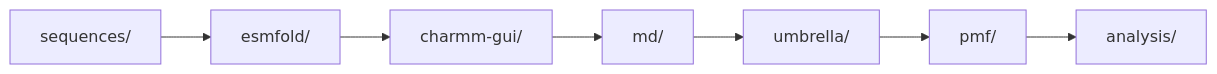
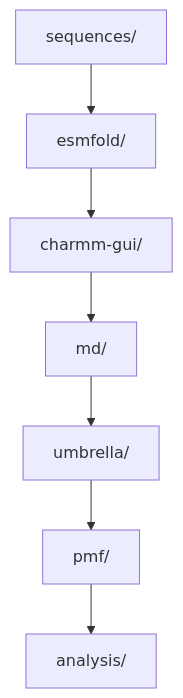
Before and after one commit to jackyissocute/LiSPER: the diagram in 01_computational_discovery/README.md, drawn with Mermaid. The commit also changed 64 other files, not shown here.

````diff
--- a/01_computational_discovery/README.md
+++ b/01_computational_discovery/README.md
@@ -5,9 +5,20 @@
 ```mermaid
-flowchart LR
-    A["sequences/"] --> B["esmfold/"]
-    B --> C["charmm-gui/"]
-    C --> D["md/"]
-    D --> E["umbrella/"]
-    E --> F["pmf/"]
-    F --> G["analysis/"]
+flowchart TD
+    accTitle: Computational Discovery Folders
+    accDescr: The computational discovery folder moves from candidate sequences through structure prediction, system setup, molecular dynamics, umbrella sampling, PMF analysis, and final interpretation.
+
+    sequences["sequences/"]
+    esmfold["esmfold/"]
+    charmm_gui["charmm-gui/"]
+    md["md/"]
+    umbrella["umbrella/"]
+    pmf["pmf/"]
+    analysis["analysis/"]
+
+    sequences --> esmfold
+    esmfold --> charmm_gui
+    charmm_gui --> md
+    md --> umbrella
+    umbrella --> pmf
+    pmf --> analysis
 ```
````
